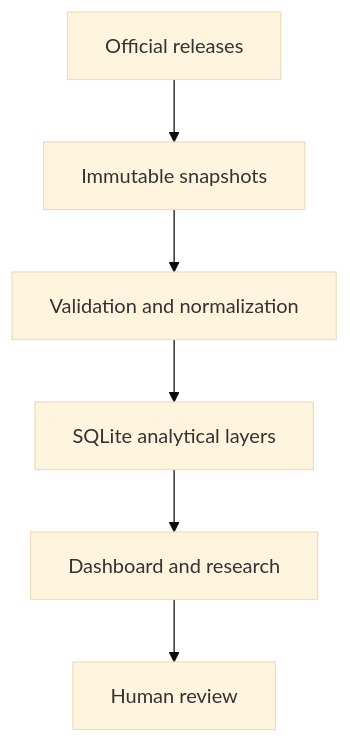
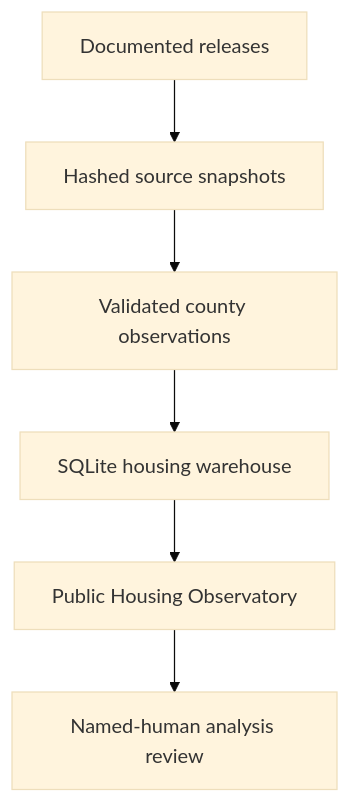
Before and after one commit to CRyanBriggs/the-bay-outlook: the diagram in README.md, drawn with Mermaid (base theme). The commit also changed other lines of this file and 18 other files, not shown here.

First line of the commit message:
Publish Version 1.1 Housing Observatory

````diff
--- a/README.md
+++ b/README.md
@@ -36,8 +48,8 @@
 ```mermaid
 flowchart TD
-    A[Official releases] --> B[Immutable snapshots]
-    B --> C[Validation and normalization]
-    C --> D[SQLite analytical layers]
-    D --> E[Dashboard and research]
-    E --> F[Human review]
+    A["Documented releases"] --> B["Hashed source snapshots"]
+    B --> C["Validated county observations"]
+    C --> D["SQLite housing warehouse"]
+    D --> E["Public Housing Observatory"]
+    E --> F["Named-human analysis review"]
 ```
````
